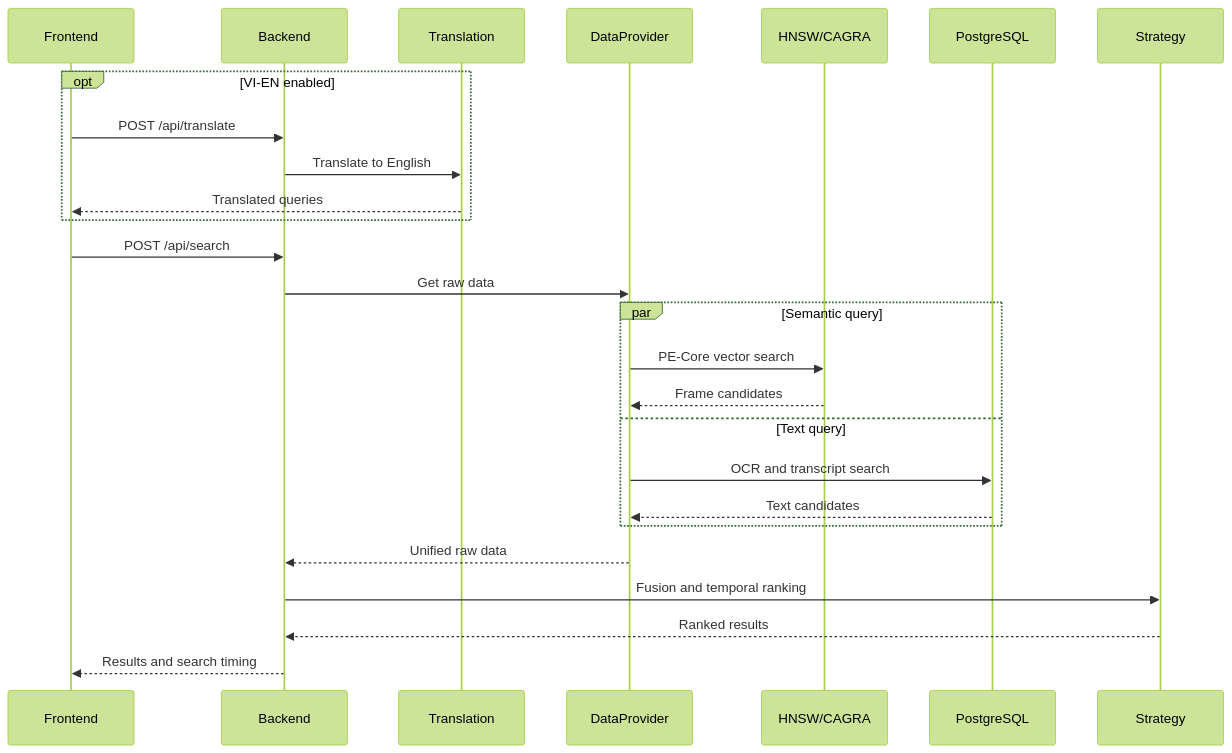
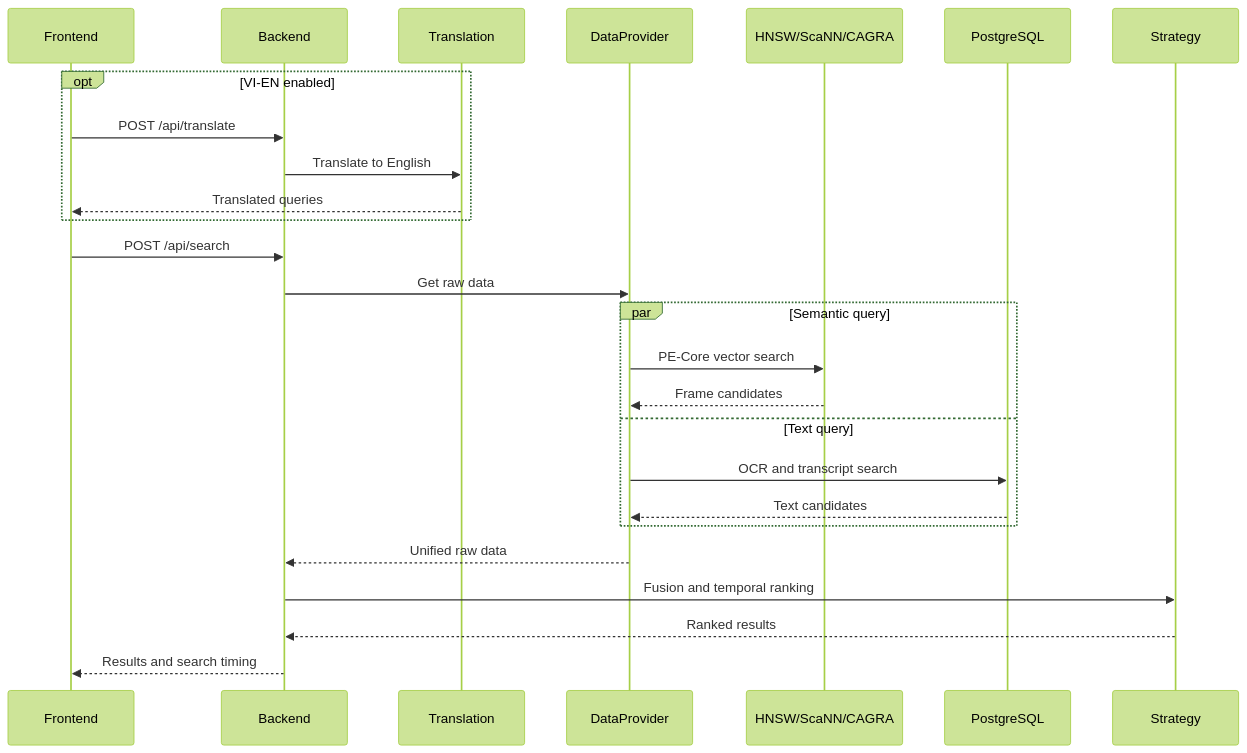
One commit to vtphatt2/AIC-HCMC-2026 changed the second of 2 diagrams in docs/architecture.md. Above: the diagram before and after it, drawn with Mermaid (forest theme). The commit also changed other lines of this file and 22 other files, not shown here.

````diff
--- a/docs/architecture.md
+++ b/docs/architecture.md
@@ -62,30 +62,30 @@
 ```mermaid
 sequenceDiagram
     participant UI as Frontend
     participant API as Backend
     participant TR as Translation
     participant DP as DataProvider
-    participant VS as HNSW/CAGRA
+    participant VS as HNSW/ScaNN/CAGRA
     participant DB as PostgreSQL
     participant ST as Strategy
 
     opt VI-EN enabled
         UI->>API: POST /api/translate
         API->>TR: Translate to English
         TR-->>UI: Translated queries
     end
 
     UI->>API: POST /api/search
     API->>DP: Get raw data
     par Semantic query
         DP->>VS: PE-Core vector search
         VS-->>DP: Frame candidates
     and Text query
         DP->>DB: OCR and transcript search
         DB-->>DP: Text candidates
     end
     DP-->>API: Unified raw data
     API->>ST: Fusion and temporal ranking
     ST-->>API: Ranked results
     API-->>UI: Results and search timing
 ```
````
